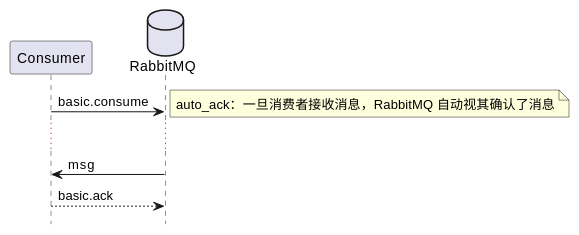
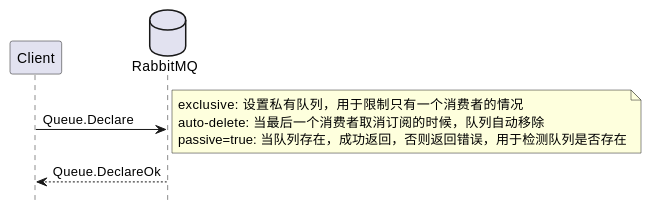
The first of 3 diagrams in midwares/rabbitmq.org (ruanhao/basset), drawn with PlantUML before and after one commit. The commit also changed other lines of this file and 15 other files, not shown here.

```diff
--- a/midwares/rabbitmq.org
+++ b/midwares/rabbitmq.org
@@ -40,13 +95,13 @@
-#+BEGIN_SRC plantuml :file img/rabbitmq_consume.png :eval never-export
+#+BEGIN_SRC plantuml :file img/rabbitmq_create.png :eval never-export
   hide footbox
-  participant Consumer as c
-  database RabbitMQ as q
+  participant "Client" as c
+  database RabbitMQ as r
 
-  c -> q : basic.consume
+  c -> r : Queue.Declare
   note right
-  auto_ack：一旦消费者接收消息，RabbitMQ 自动视其确认了消息
+  exclusive:    设置私有队列，用于限制只有一个消费者的情况
+  auto-delete:  当最后一个消费者取消订阅的时候，队列自动移除
+  passive=true: 当队列存在，成功返回，否则返回错误，用于检测队列是否存在
   end note
-  ...
-  q -> c : msg
-  c --> q : basic.ack
+  r --> c : Queue.DeclareOk
 #+END_SRC
```
